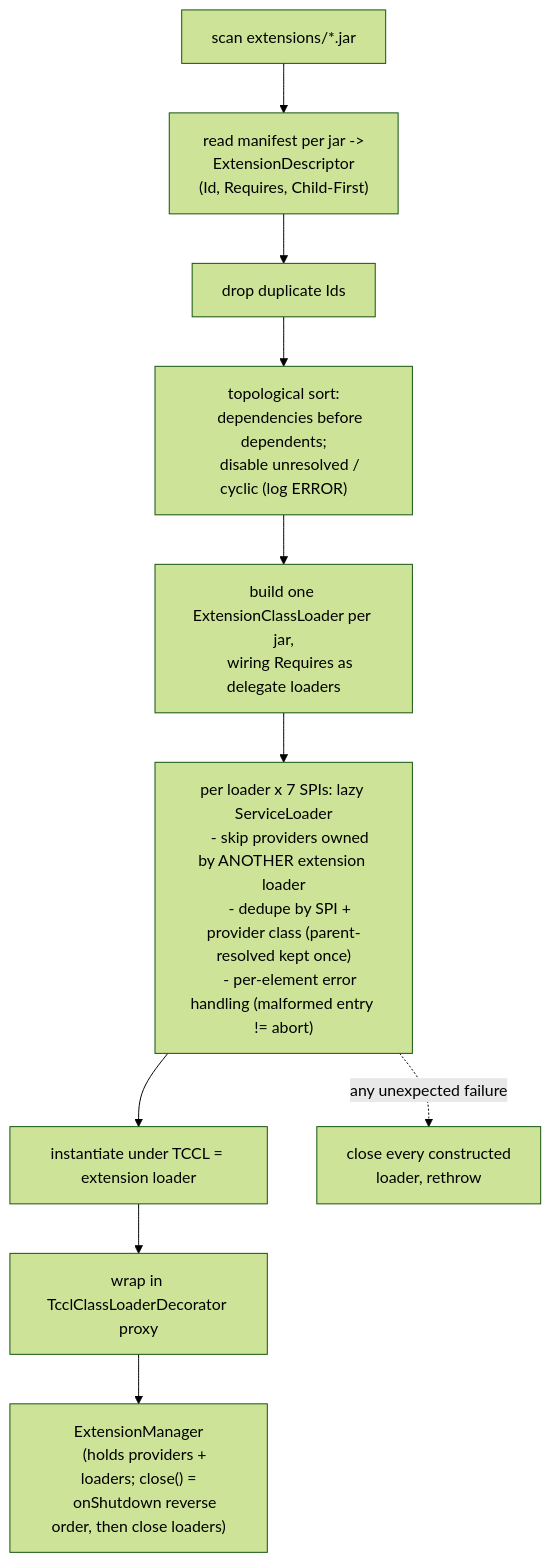
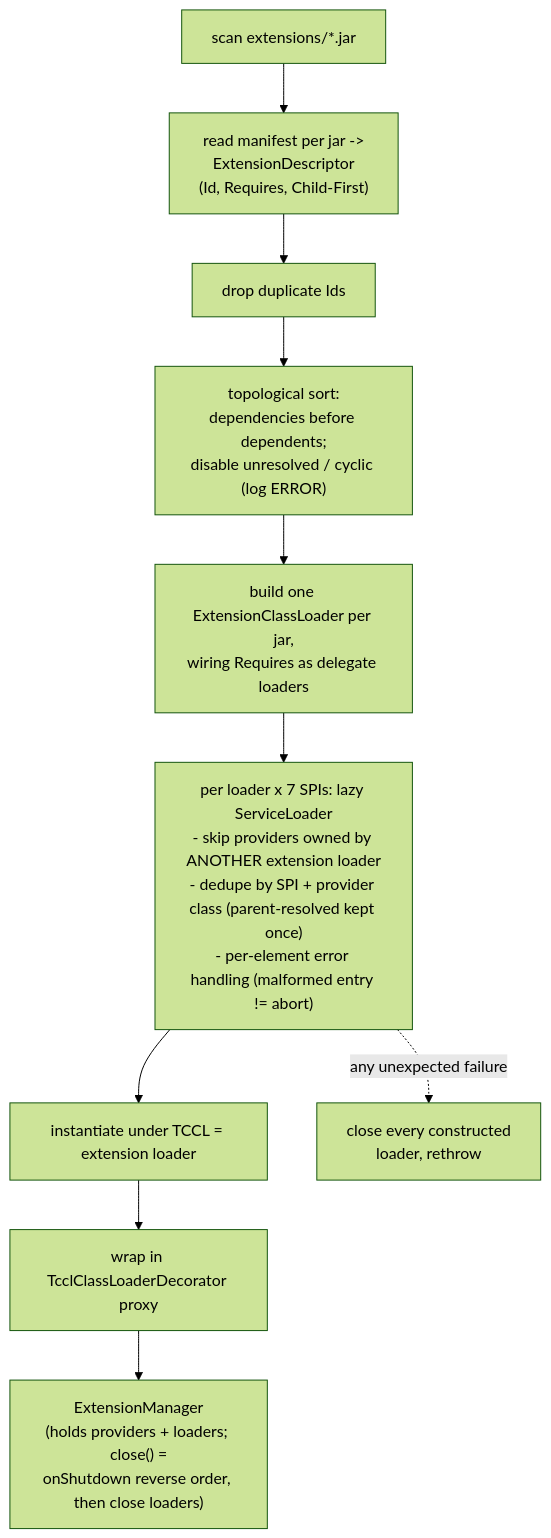
The third of 4 diagrams in metricshub-engine/EXTENSION-CLASSLOADING.md (MetricsHub/metricshub-community), drawn with Mermaid (forest theme) before and after one commit. The commit also changed other lines of this file, not shown here.

Commit message:
Issue #1271: Make the class-loading diagrams portable across mermaid versions
Replace raw line breaks in quoted node labels with <br/>, drop an
empty-label dotted edge and a semicolon in a sequence message — constructs
older mermaid parsers (e.g. VS Code preview extensions) reject.

````diff
--- a/metricshub-engine/EXTENSION-CLASSLOADING.md
+++ b/metricshub-engine/EXTENSION-CLASSLOADING.md
@@ -93,23 +93,12 @@
 ```mermaid
 flowchart TD
-    S["scan extensions/*.jar"] --> M["read manifest per jar ->
-    ExtensionDescriptor
-    (Id, Requires, Child-First)"]
+    S["scan extensions/*.jar"] --> M["read manifest per jar -><br/>ExtensionDescriptor<br/>(Id, Requires, Child-First)"]
     M --> DUP["drop duplicate Ids"]
-    DUP --> TOPO["topological sort:
-    dependencies before dependents;
-    disable unresolved / cyclic (log ERROR)"]
-    TOPO --> BUILD["build one ExtensionClassLoader per jar,
-    wiring Requires as delegate loaders"]
-    BUILD --> SPI["per loader x 7 SPIs: lazy ServiceLoader
-    - skip providers owned by ANOTHER extension loader
-    - dedupe by SPI + provider class (parent-resolved kept once)
-    - per-element error handling (malformed entry != abort)"]
+    DUP --> TOPO["topological sort:<br/>dependencies before dependents;<br/>disable unresolved / cyclic (log ERROR)"]
+    TOPO --> BUILD["build one ExtensionClassLoader per jar,<br/>wiring Requires as delegate loaders"]
+    BUILD --> SPI["per loader x 7 SPIs: lazy ServiceLoader<br/>- skip providers owned by ANOTHER extension loader<br/>- dedupe by SPI + provider class (parent-resolved kept once)<br/>- per-element error handling (malformed entry != abort)"]
     SPI --> INST["instantiate under TCCL = extension loader"]
     INST --> WRAP["wrap in TcclClassLoaderDecorator proxy"]
-    WRAP --> EM["ExtensionManager
-    (holds providers + loaders; close() =
-    onShutdown reverse order, then close loaders)"]
-    SPI -. "any unexpected failure" .-> CQ["close every constructed
-    loader, rethrow"]
+    WRAP --> EM["ExtensionManager<br/>(holds providers + loaders; close() =<br/>onShutdown reverse order, then close loaders)"]
+    SPI -. "any unexpected failure" .-> CQ["close every constructed<br/>loader, rethrow"]
 ```
````
